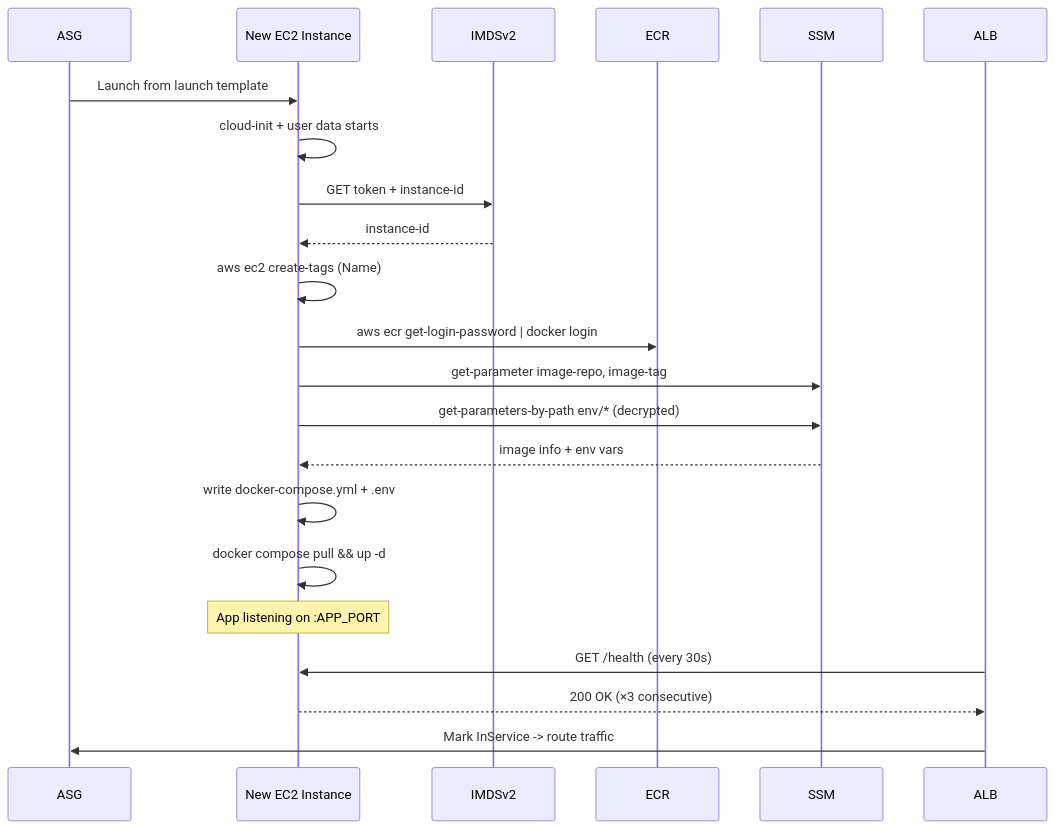
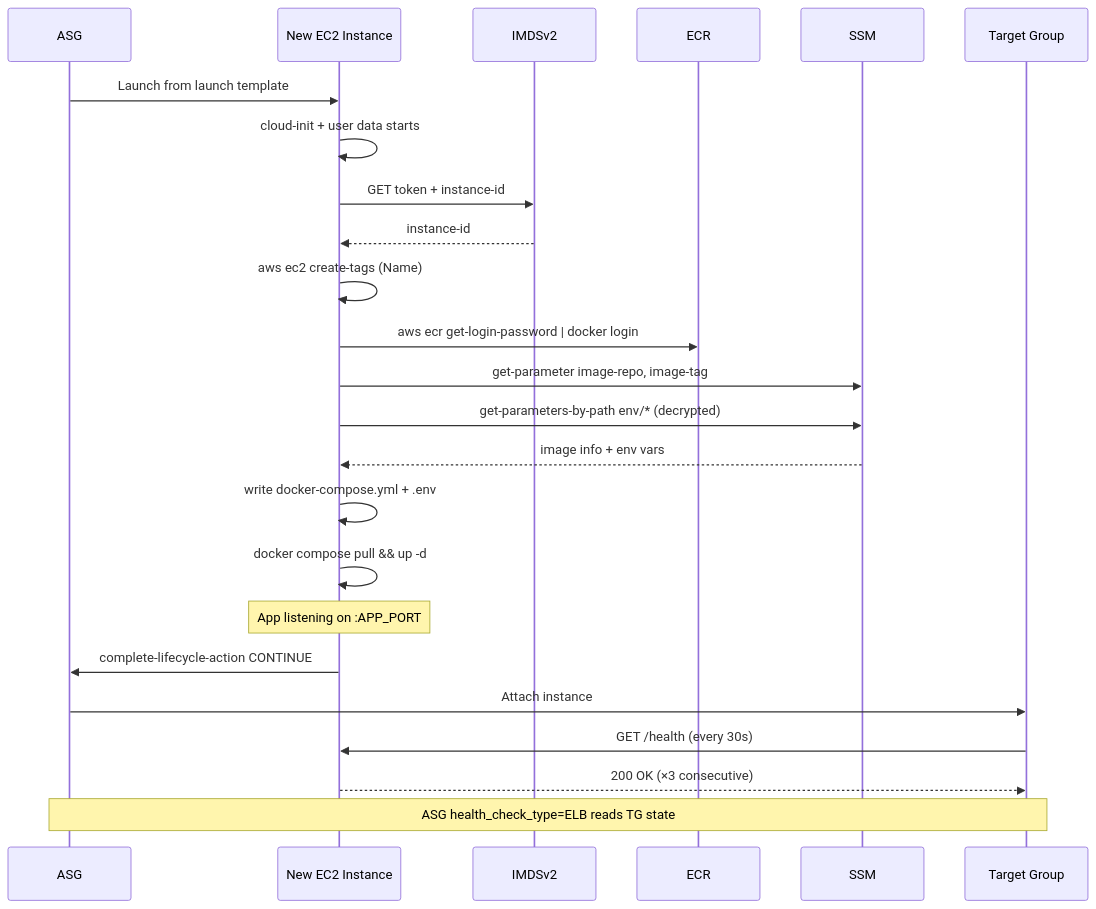
Before and after one commit to roboticpuppies/aws-autoscaling-group-demo: the second of 3 diagrams in docs/architecture-overview.md, drawn with Mermaid. The commit also changed other lines of this file and 17 other files, not shown here.

Commit message:
eliminate AWS ALB resources. Only use Target Group

````diff
--- a/docs/architecture-overview.md
+++ b/docs/architecture-overview.md
@@ -119,25 +125,27 @@
 ```mermaid
 sequenceDiagram
     participant ASG
     participant EC2 as New EC2 Instance
     participant IMDS as IMDSv2
     participant ECR
     participant SSM
-    participant ALB
+    participant TG as Target Group
 
     ASG->>EC2: Launch from launch template
     EC2->>EC2: cloud-init + user data starts
     EC2->>IMDS: GET token + instance-id
     IMDS-->>EC2: instance-id
     EC2->>EC2: aws ec2 create-tags (Name)
     EC2->>ECR: aws ecr get-login-password | docker login
     EC2->>SSM: get-parameter image-repo, image-tag
     EC2->>SSM: get-parameters-by-path env/* (decrypted)
     SSM-->>EC2: image info + env vars
     EC2->>EC2: write docker-compose.yml + .env
     EC2->>EC2: docker compose pull && up -d
     Note over EC2: App listening on :APP_PORT
-    ALB->>EC2: GET /health (every 30s)
-    EC2-->>ALB: 200 OK (×3 consecutive)
-    ALB->>ASG: Mark InService -> route traffic
+    EC2->>ASG: complete-lifecycle-action CONTINUE
+    ASG->>TG: Attach instance
+    TG->>EC2: GET /health (every 30s)
+    EC2-->>TG: 200 OK (×3 consecutive)
+    Note over TG,ASG: ASG health_check_type=ELB reads TG state
 ```
````
